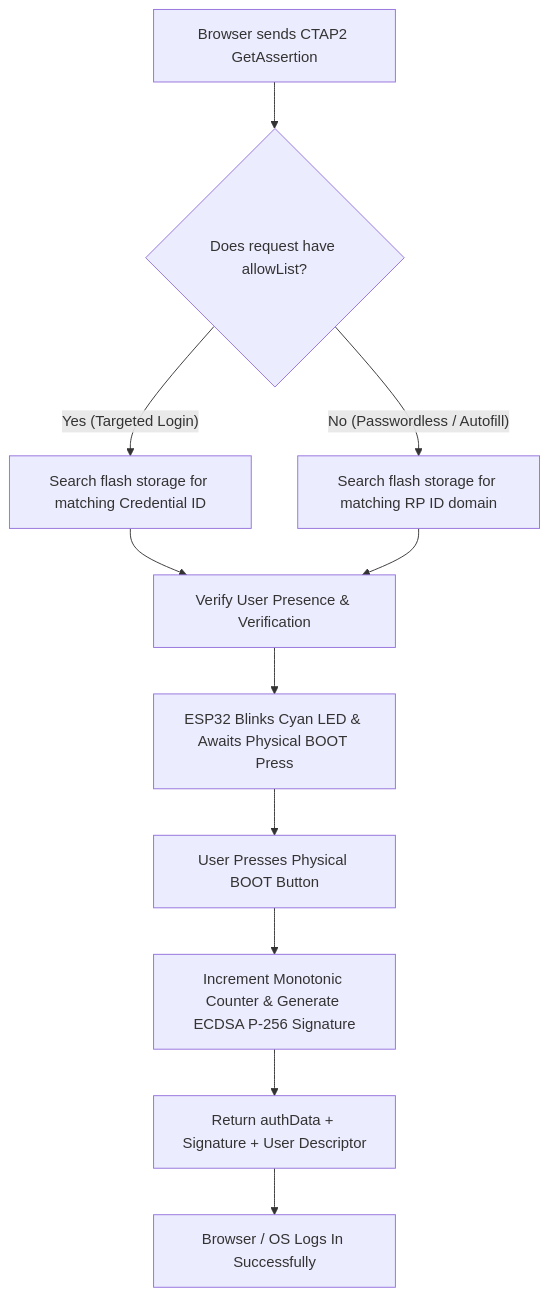
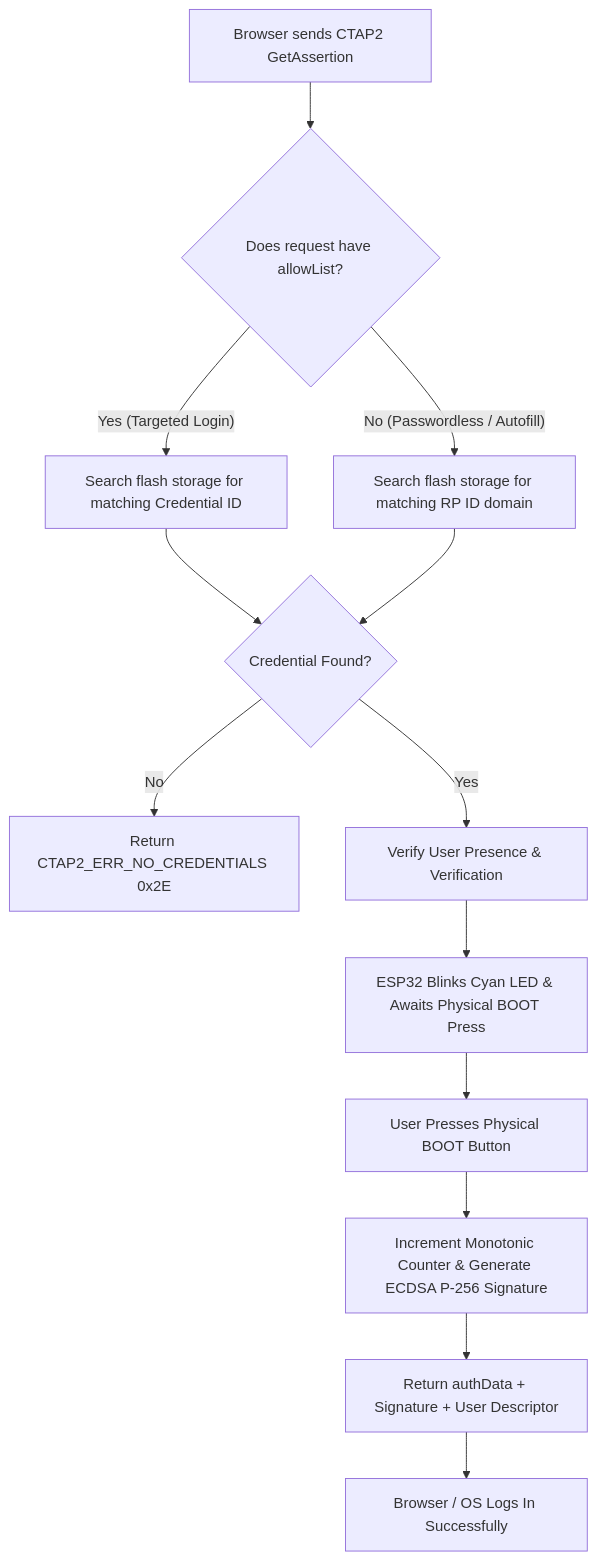
Before and after one commit to danish9661/es32s3-hid: the diagram in docs/FIDO2_PASSKEY_SPECIFICATION.md, drawn with Mermaid. The commit also changed other lines of this file and 15 other files, not shown here.

````diff
--- a/docs/FIDO2_PASSKEY_SPECIFICATION.md
+++ b/docs/FIDO2_PASSKEY_SPECIFICATION.md
@@ -63,13 +68,15 @@
 ```mermaid
 flowchart TD
     A[Browser sends CTAP2 GetAssertion] --> B{Does request have allowList?}
     B -- Yes (Targeted Login) --> C[Search flash storage for matching Credential ID]
     B -- No (Passwordless / Autofill) --> D[Search flash storage for matching RP ID domain]
-    C --> E[Verify User Presence & Verification]
+    C --> E{Credential Found?}
     D --> E
-    E --> F[ESP32 Blinks Cyan LED & Awaits Physical BOOT Press]
-    F --> G[User Presses Physical BOOT Button]
-    G --> H[Increment Monotonic Counter & Generate ECDSA P-256 Signature]
-    H --> I[Return authData + Signature + User Descriptor]
-    I --> J[Browser / OS Logs In Successfully]
+    E -- No --> N[Return CTAP2_ERR_NO_CREDENTIALS 0x2E]
+    E -- Yes --> F[Verify User Presence & Verification]
+    F --> G[ESP32 Blinks Cyan LED & Awaits Physical BOOT Press]
+    G --> H[User Presses Physical BOOT Button]
+    H --> I[Increment Monotonic Counter & Generate ECDSA P-256 Signature]
+    I --> J[Return authData + Signature + User Descriptor]
+    J --> K[Browser / OS Logs In Successfully]
 ```
````
